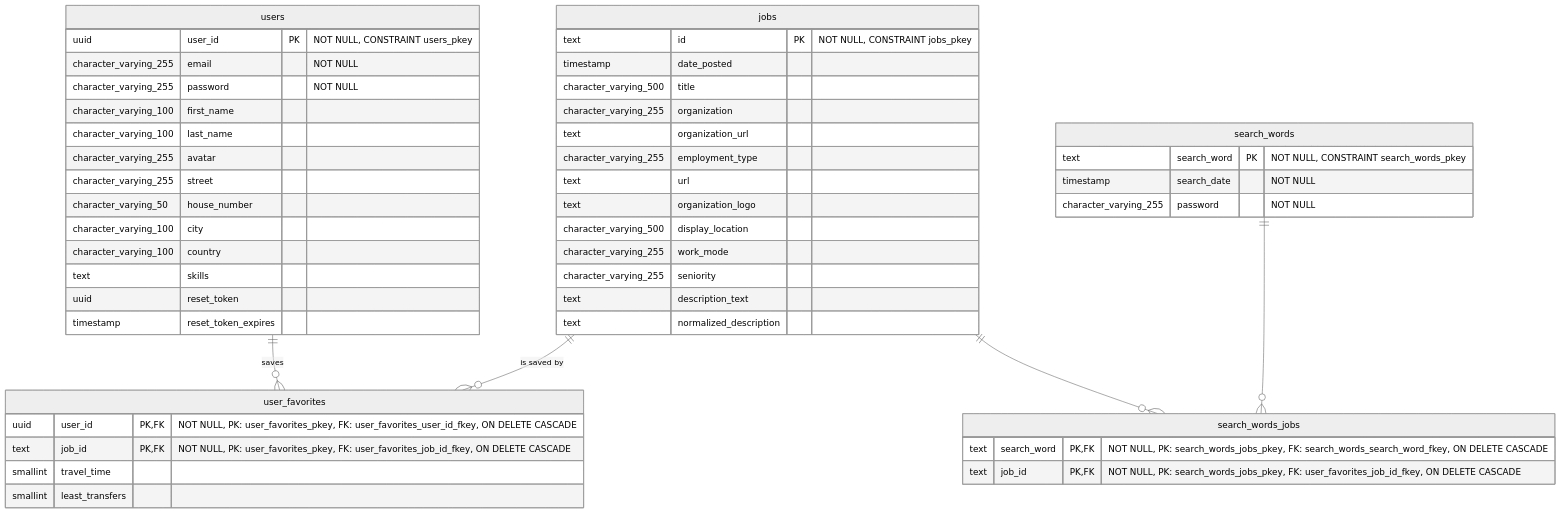
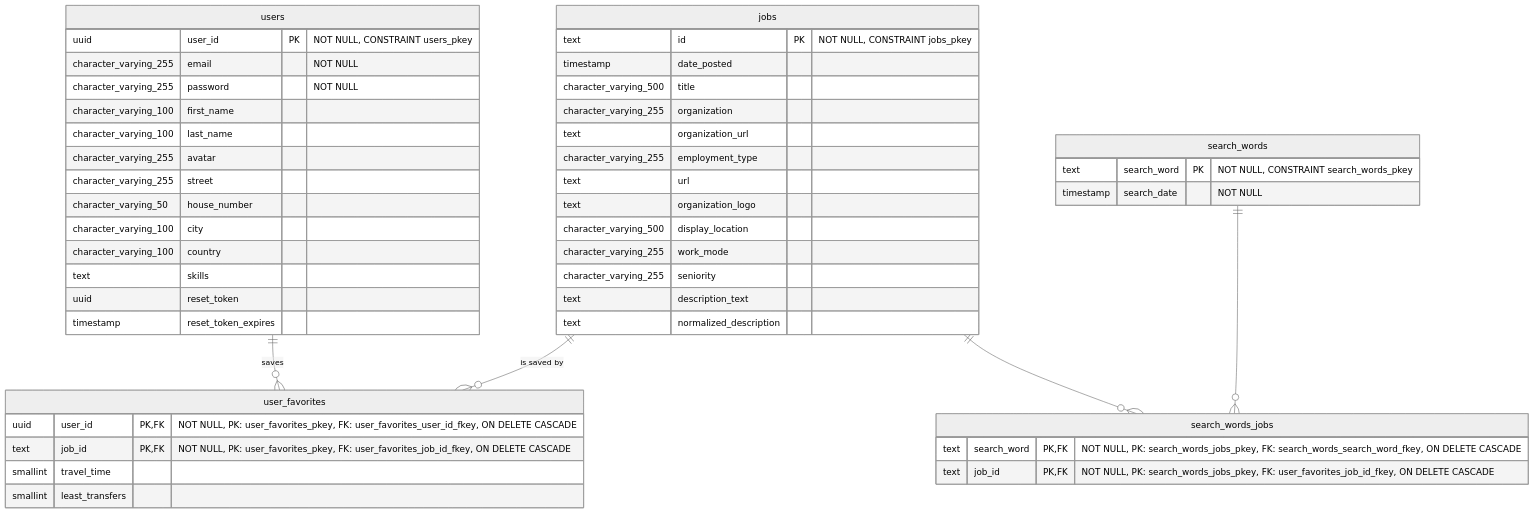
The diagram in documentation/ERD.md (YahyaAl-Ademi/2025.10.23-JobCompass), drawn with Mermaid (neutral theme) before and after one commit. The commit also changed 1 other file, not shown here.

Commit message:
Add search_words and search_words_jobs tables with relevant fields to database schema

````diff
--- a/documentation/ERD.md
+++ b/documentation/ERD.md
@@ -5,57 +5,56 @@
 ```mermaid
 erDiagram
     users ||--o{ user_favorites : "saves"
     jobs ||--o{ user_favorites : "is saved by"
     search_words ||--o{ search_words_jobs : ""
     jobs ||--o{ search_words_jobs : ""
 
     users {
         uuid user_id PK "NOT NULL, CONSTRAINT users_pkey"
         character_varying_255 email "NOT NULL"
         character_varying_255 password "NOT NULL"
         character_varying_100 first_name
         character_varying_100 last_name
         character_varying_255 avatar
         character_varying_255 street
         character_varying_50 house_number
         character_varying_100 city
         character_varying_100 country
         text skills
         uuid reset_token
         timestamp reset_token_expires
     }
 
     jobs {
         text id PK "NOT NULL, CONSTRAINT jobs_pkey"
         timestamp date_posted
         character_varying_500 title
         character_varying_255 organization
         text organization_url
         character_varying_255 employment_type
         text url
         text organization_logo
         character_varying_500 display_location
         character_varying_255 work_mode
         character_varying_255 seniority
         text description_text
         text normalized_description
     }
 
     user_favorites {
         uuid user_id PK,FK "NOT NULL, PK: user_favorites_pkey, FK: user_favorites_user_id_fkey, ON DELETE CASCADE"
         text job_id PK,FK "NOT NULL, PK: user_favorites_pkey, FK: user_favorites_job_id_fkey, ON DELETE CASCADE"
         smallint travel_time
         smallint least_transfers
     }
 
     search_words {
         text search_word PK "NOT NULL, CONSTRAINT search_words_pkey"
         timestamp search_date "NOT NULL"
-        character_varying_255 password "NOT NULL"
     }
 
     search_words_jobs {
         text search_word PK,FK "NOT NULL, PK: search_words_jobs_pkey, FK: search_words_search_word_fkey, ON DELETE CASCADE"
         text job_id PK,FK "NOT NULL, PK: search_words_jobs_pkey, FK: user_favorites_job_id_fkey, ON DELETE CASCADE"
     }
 ```
````
